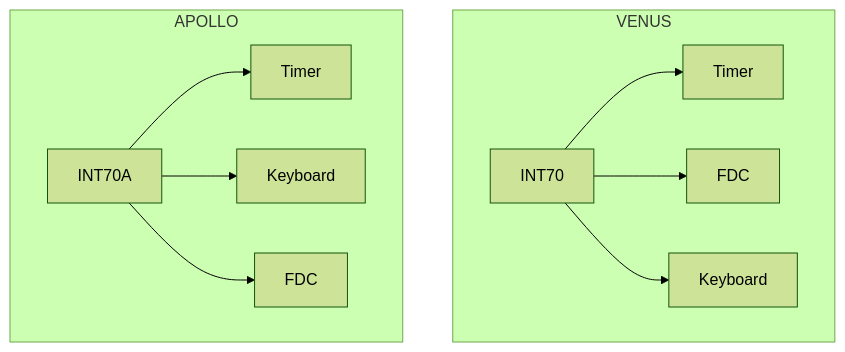
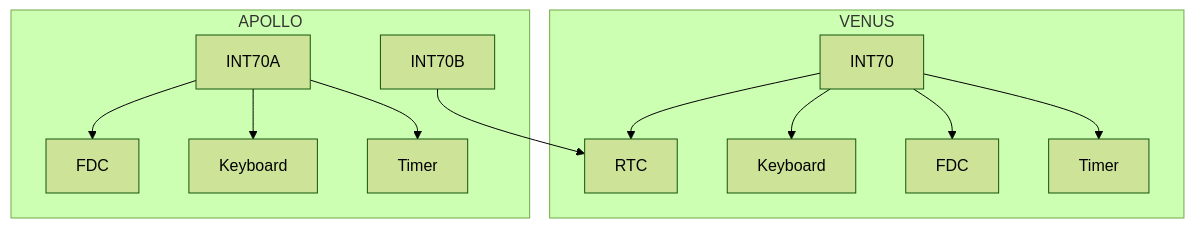
The second of 2 diagrams in Reverse Engineering/QX11-QX16-Comparison.md (pradavic-1972/epson-qx16-research), drawn with Mermaid (forest theme) before and after one commit. The commit also changed other lines of this file, not shown here.

Commit message:
Add RTC connections to QX11 and QX16 diagrams

````diff
--- a/Reverse Engineering/QX11-QX16-Comparison.md
+++ b/Reverse Engineering/QX11-QX16-Comparison.md
@@ -192,15 +192,17 @@
 ```mermaid
 flowchart TB
 
 subgraph QX11["VENUS"]
     INT70 --> INT71["Timer"]
     INT70 --> INT74["FDC"]
     INT70 --> INT75["Keyboard"]
+    INT70 --> INT7A["RTC"]
 end
 
 subgraph QX16["APOLLO"]
     INT70A --> INT71A["Timer"]
     INT70A --> INT74A["Keyboard"]
     INT70A --> INT76A["FDC"]
+    INT70B --> INT7A["RTC"]
 end
 ```
````
